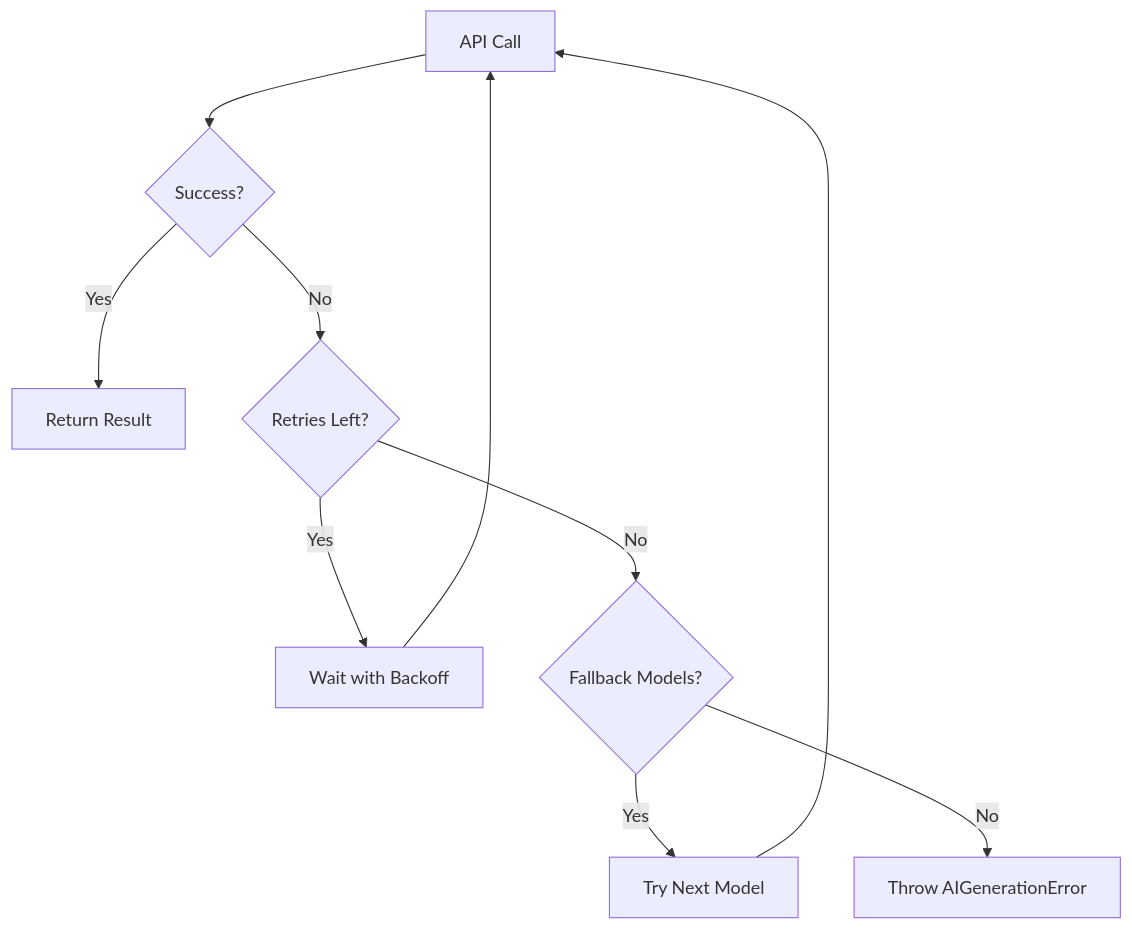
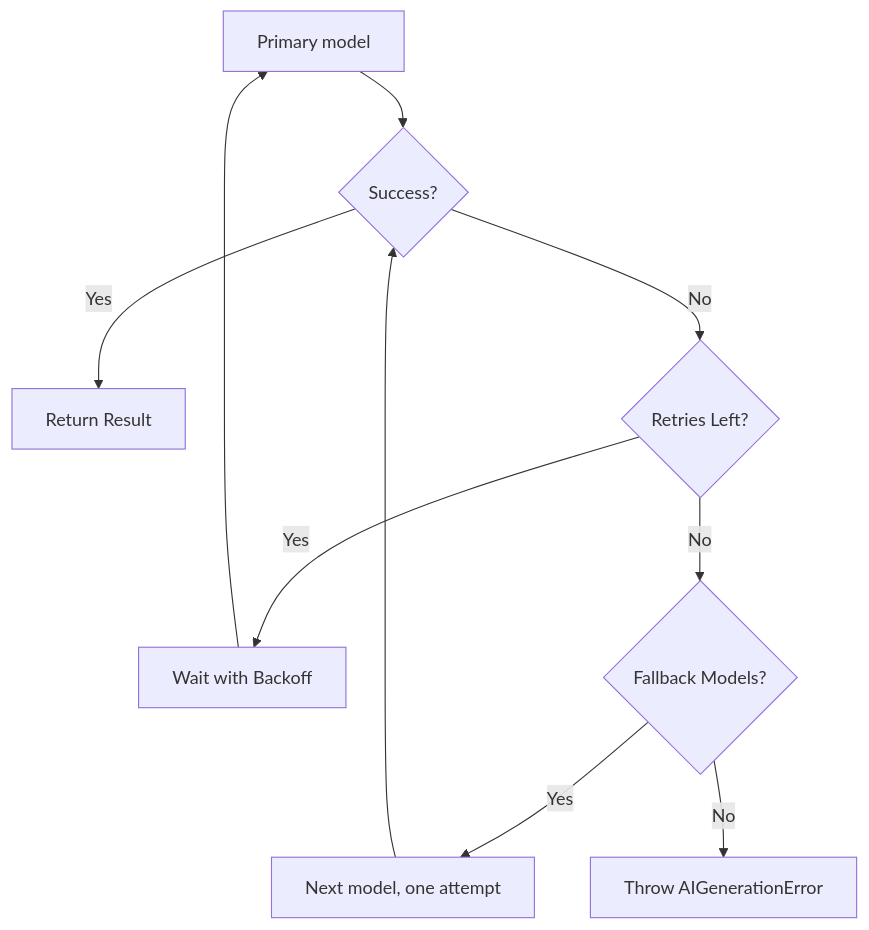
One commit to violabg/dev-recruit changed the fifth of 8 diagrams in docs/AI_QUIZ_GENERATION.md. Above: the diagram before and after it, drawn with Mermaid. The commit also changed other lines of this file and 117 other files, not shown here.

````diff
--- a/docs/AI_QUIZ_GENERATION.md
+++ b/docs/AI_QUIZ_GENERATION.md
@@ -424,12 +434,12 @@
 ```mermaid
 graph TD
-    A[API Call] --> B{Success?}
+    A[Primary model] --> B{Success?}
     B -->|Yes| C[Return Result]
     B -->|No| D{Retries Left?}
     D -->|Yes| E[Wait with Backoff]
     E --> A
     D -->|No| F{Fallback Models?}
-    F -->|Yes| G[Try Next Model]
-    G --> A
+    F -->|Yes| G[Next model, one attempt]
+    G --> B
     F -->|No| H[Throw AIGenerationError]
 ```
````
